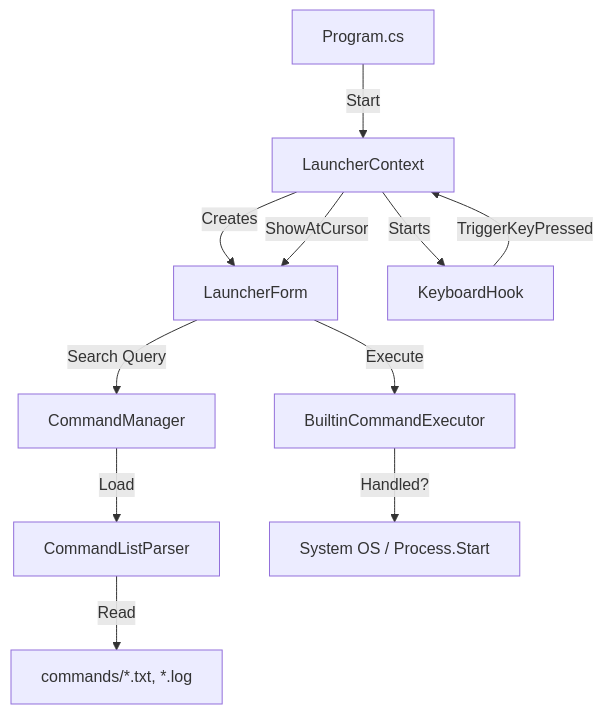
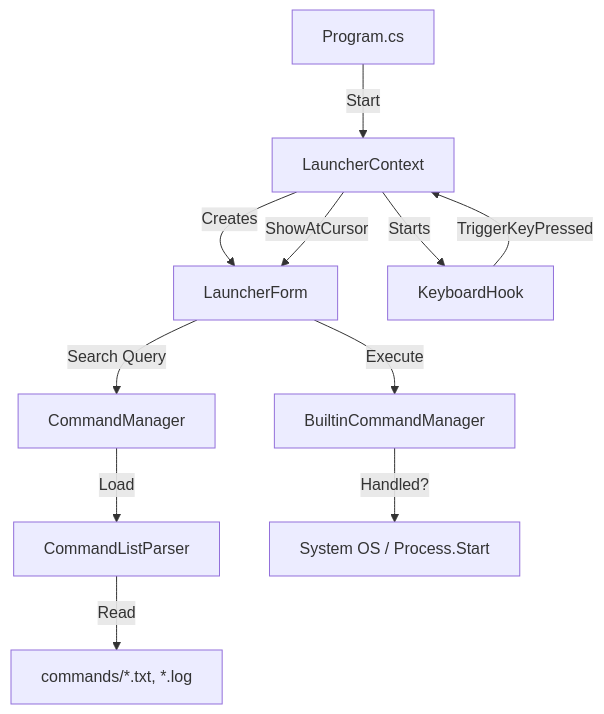
Before and after one commit to htaskn/FuzzyLauncher: the diagram in 処理フロー.md, drawn with Mermaid. The commit also changed other lines of this file and 24 other files, not shown here.

First line of the commit message:
Split BuiltinCommandExecutor into per-command files under Core/BuiltinCommands/

````diff
--- a/処理フロー.md
+++ b/処理フロー.md
@@ -47,16 +47,16 @@
 ```mermaid
 graph TD
     P[Program.cs] -->|Start| LC[LauncherContext]
     LC -->|Creates| LF[LauncherForm]
     LC -->|Starts| KH[KeyboardHook]
     
     KH -->|TriggerKeyPressed| LC
     LC -->|ShowAtCursor| LF
     
     LF -->|Search Query| CM[CommandManager]
     CM -->|Load| CP[CommandListParser]
     CP -->|Read| CL[commands/*.txt, *.log]
     
-    LF -->|Execute| BE[BuiltinCommandExecutor]
+    LF -->|Execute| BE[BuiltinCommandManager]
     BE -->|Handled?| OS[System OS / Process.Start]
 ```
````
